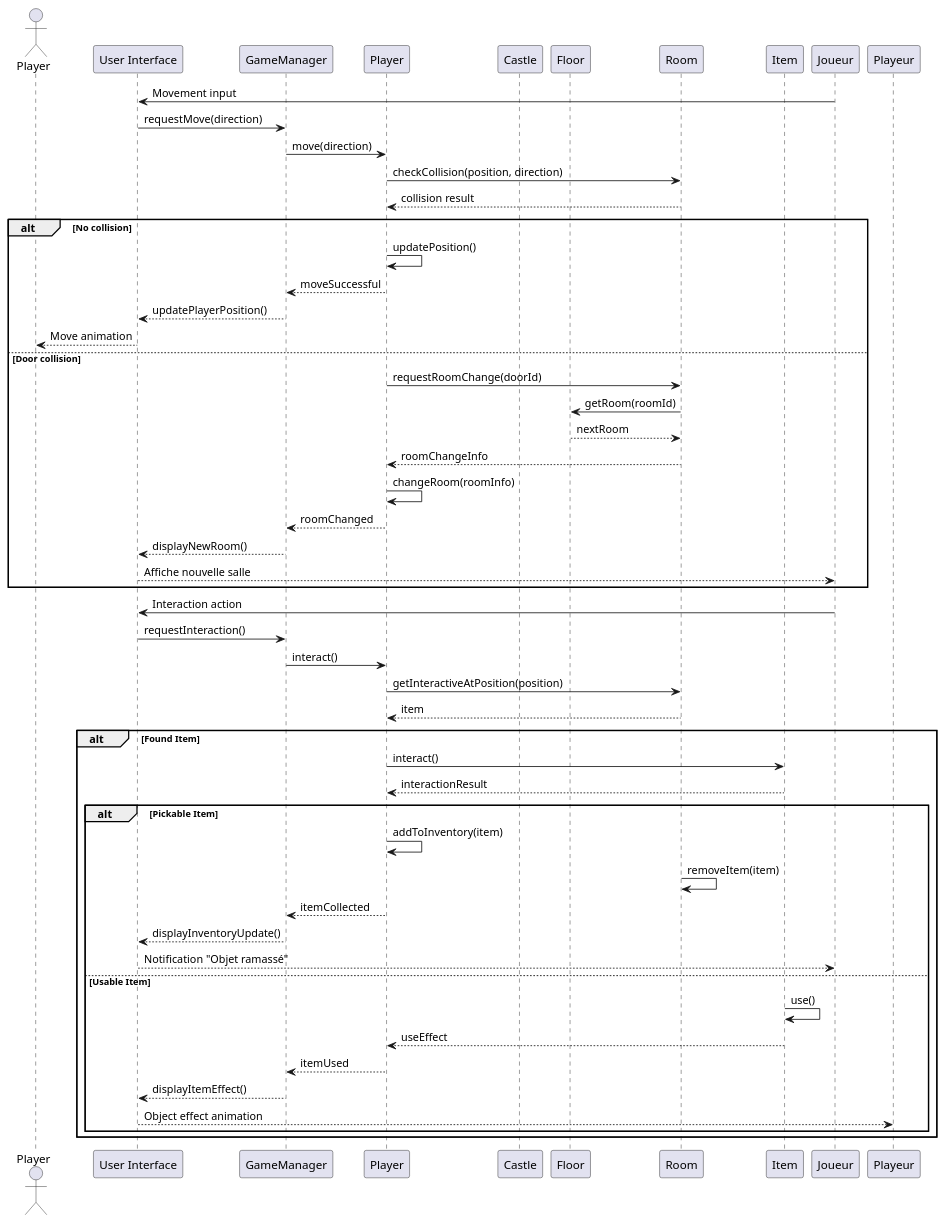
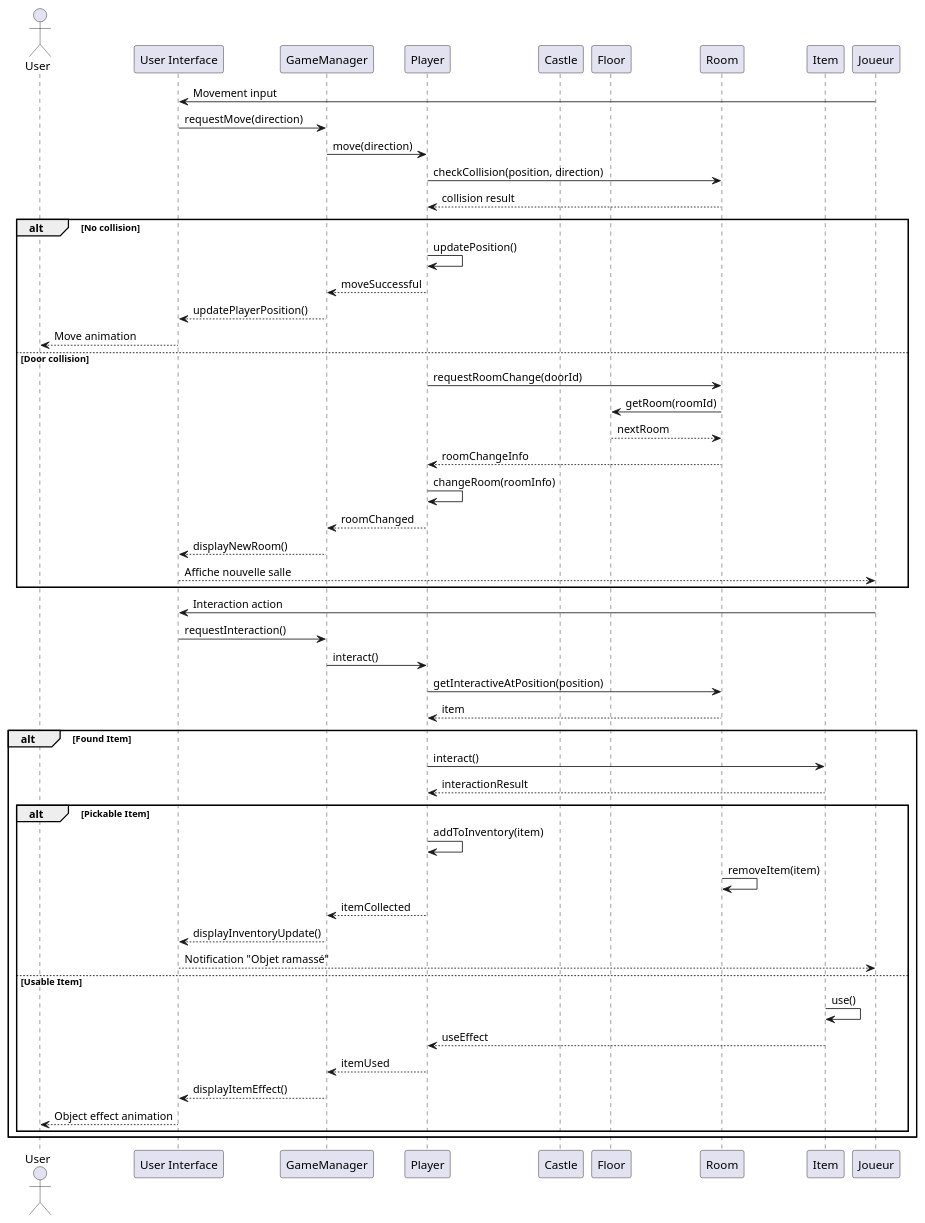
The diagram in docs/uml/sequence.d/movement_sequence.puml (imagarchive/4MMACOL), drawn with PlantUML before and after one commit. The commit also changed 3 other files, not shown here.

Commit message:
fix: changed player to user

```diff
--- a/docs/uml/sequence.d/movement_sequence.puml
+++ b/docs/uml/sequence.d/movement_sequence.puml
@@ -1,57 +1,57 @@
 @startuml
-actor Player
+actor User
 participant "User Interface" as UI
 participant GameManager as GM
 participant Player as P
 participant Castle as C
 participant Floor as F
 participant Room as R
 participant Item as I
 
 Joueur -> UI: Movement input
 UI -> GM: requestMove(direction)
 GM -> P: move(direction)
 P -> R: checkCollision(position, direction)
 R --> P: collision result
 
 alt No collision
     P -> P: updatePosition()
     P --> GM: moveSuccessful
     GM --> UI: updatePlayerPosition()
-    UI --> Player: Move animation
+    UI --> User: Move animation
 else Door collision
     P -> R: requestRoomChange(doorId)
     R -> F: getRoom(roomId)
     F --> R: nextRoom
     R --> P: roomChangeInfo
     P -> P: changeRoom(roomInfo)
     P --> GM: roomChanged
     GM --> UI: displayNewRoom()
     UI --> Joueur: Affiche nouvelle salle
 end
 
 Joueur -> UI: Interaction action
 UI -> GM: requestInteraction()
 GM -> P: interact()
 P -> R: getInteractiveAtPosition(position)
 R --> P: item
 
 alt Found Item
     P -> I: interact()
     I --> P: interactionResult
     
     alt Pickable Item
         P -> P: addToInventory(item)
         R -> R: removeItem(item)
         P --> GM: itemCollected
         GM --> UI: displayInventoryUpdate()
         UI --> Joueur: Notification "Objet ramassé"
     else Usable Item
         I -> I: use()
         I --> P: useEffect
         P --> GM: itemUsed
         GM --> UI: displayItemEffect()
-        UI --> Playeur: Object effect animation
+        UI --> User: Object effect animation
     end
 end
 @enduml
```
